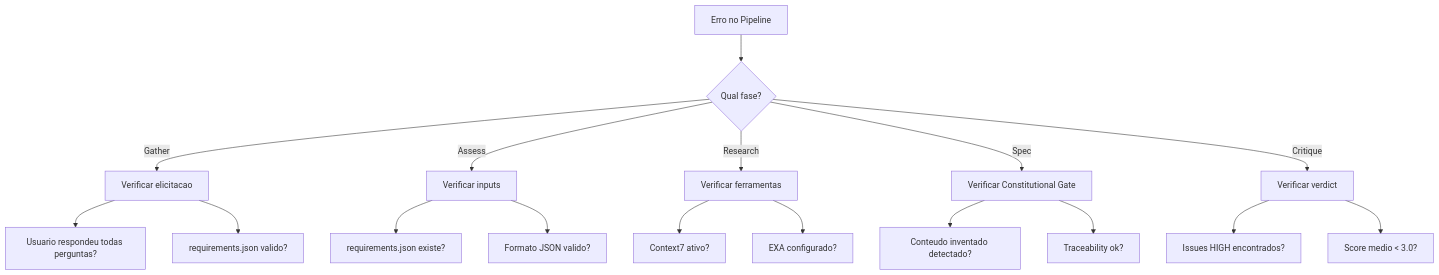
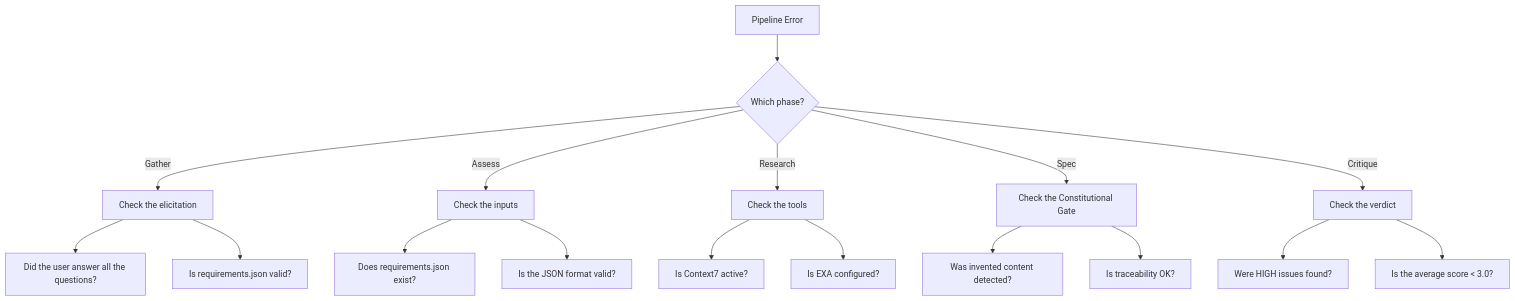
Before and after one commit to CyryxLabs/AEXOS: diagram 17 of 17 in docs/aexos-workflows/spec-pipeline-workflow.md, drawn with Mermaid. The commit also changed other lines of this file and 528 other files, not shown here.

````diff
--- a/docs/aexos-workflows/spec-pipeline-workflow.md
+++ b/docs/aexos-workflows/spec-pipeline-workflow.md
@@ -916,24 +916,24 @@
 ```mermaid
 flowchart TB
-    E["Erro no Pipeline"] --> E1{"Qual fase?"}
+    E["Pipeline Error"] --> E1{"Which phase?"}
 
-    E1 -->|Gather| G["Verificar elicitacao"]
-    G --> G1["Usuario respondeu todas perguntas?"]
-    G --> G2["requirements.json valido?"]
+    E1 -->|Gather| G["Check the elicitation"]
+    G --> G1["Did the user answer all the questions?"]
+    G --> G2["Is requirements.json valid?"]
 
-    E1 -->|Assess| A["Verificar inputs"]
-    A --> A1["requirements.json existe?"]
-    A --> A2["Formato JSON valido?"]
+    E1 -->|Assess| A["Check the inputs"]
+    A --> A1["Does requirements.json exist?"]
+    A --> A2["Is the JSON format valid?"]
 
-    E1 -->|Research| R["Verificar ferramentas"]
-    R --> R1["Context7 ativo?"]
-    R --> R2["EXA configurado?"]
+    E1 -->|Research| R["Check the tools"]
+    R --> R1["Is Context7 active?"]
+    R --> R2["Is EXA configured?"]
 
-    E1 -->|Spec| S["Verificar Constitutional Gate"]
-    S --> S1["Conteudo inventado detectado?"]
-    S --> S2["Traceability ok?"]
+    E1 -->|Spec| S["Check the Constitutional Gate"]
+    S --> S1["Was invented content detected?"]
+    S --> S2["Is traceability OK?"]
 
-    E1 -->|Critique| C["Verificar verdict"]
-    C --> C1["Issues HIGH encontrados?"]
-    C --> C2["Score medio < 3.0?"]
+    E1 -->|Critique| C["Check the verdict"]
+    C --> C1["Were HIGH issues found?"]
+    C --> C2["Is the average score < 3.0?"]
 ```
````
